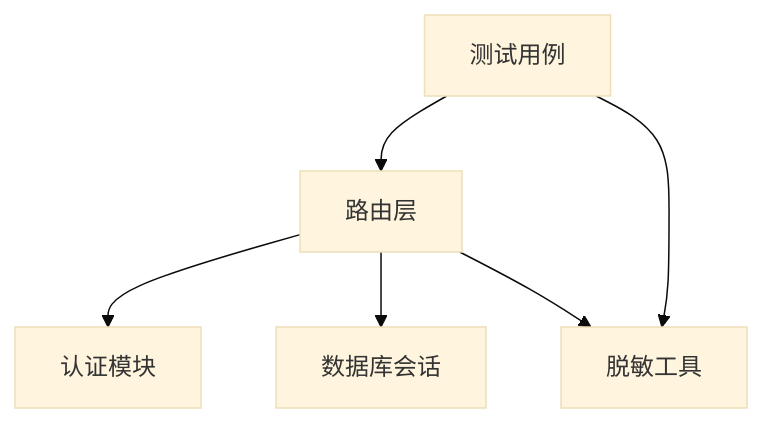
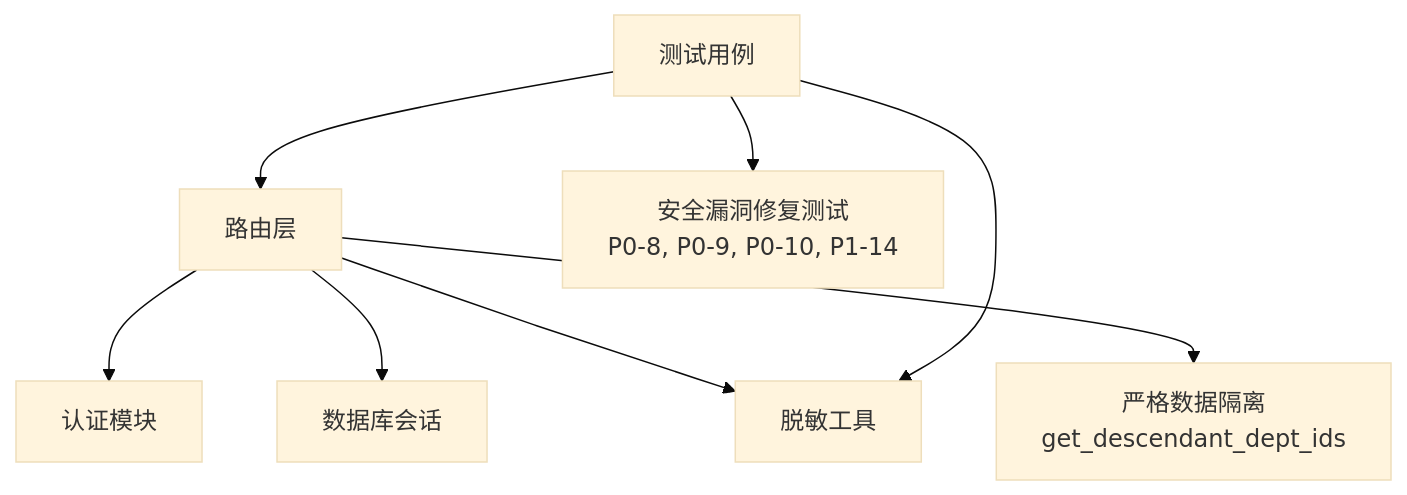
One commit to xgd561/performance_evaluation_system changed the tenth of 10 diagrams in .qoder/repowiki/zh/content/系统架构/安全架构设计/数据隔离机制.md. Above: the diagram before and after it, drawn with Mermaid (base theme). The commit also changed other lines of this file and 136 other files, not shown here.

````diff
--- a/.qoder/repowiki/zh/content/系统架构/安全架构设计/数据隔离机制.md
+++ b/.qoder/repowiki/zh/content/系统架构/安全架构设计/数据隔离机制.md
@@ -338,8 +380,10 @@
 ```mermaid
 graph TB
 Routers["路由层"] --> Auth["认证模块"]
 Routers --> DB["数据库会话"]
 Routers --> Masking["脱敏工具"]
+Routers --> StrictIsolation["严格数据隔离<br/>get_descendant_dept_ids"]
 Tests["测试用例"] --> Routers
 Tests --> Masking
+Tests --> SecurityFixes["安全漏洞修复测试<br/>P0-8, P0-9, P0-10, P1-14"]
 ```
````
